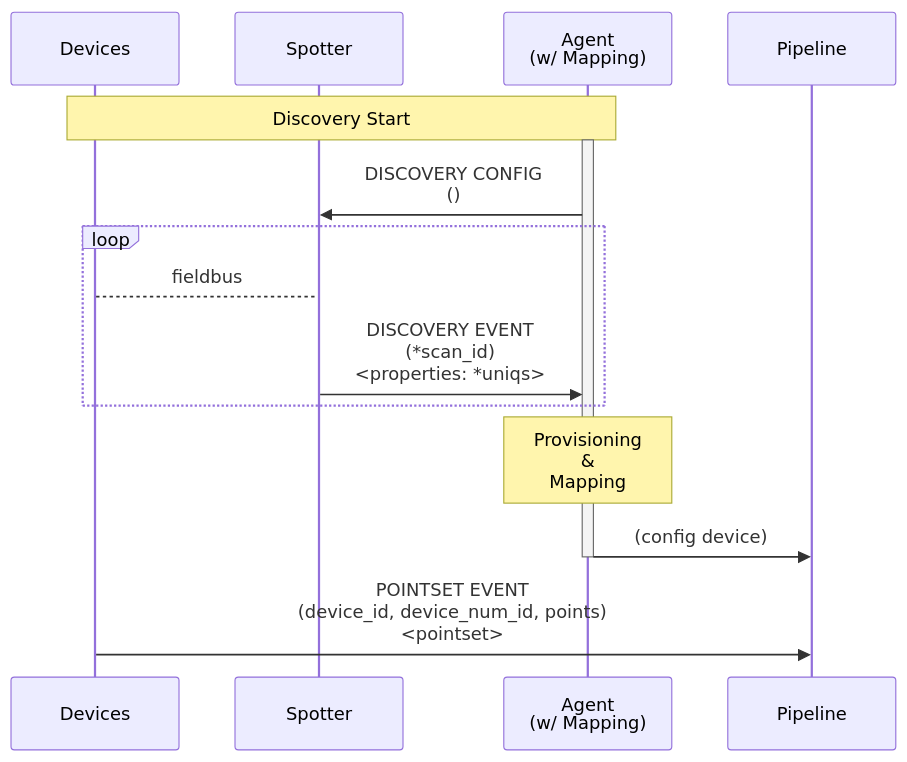
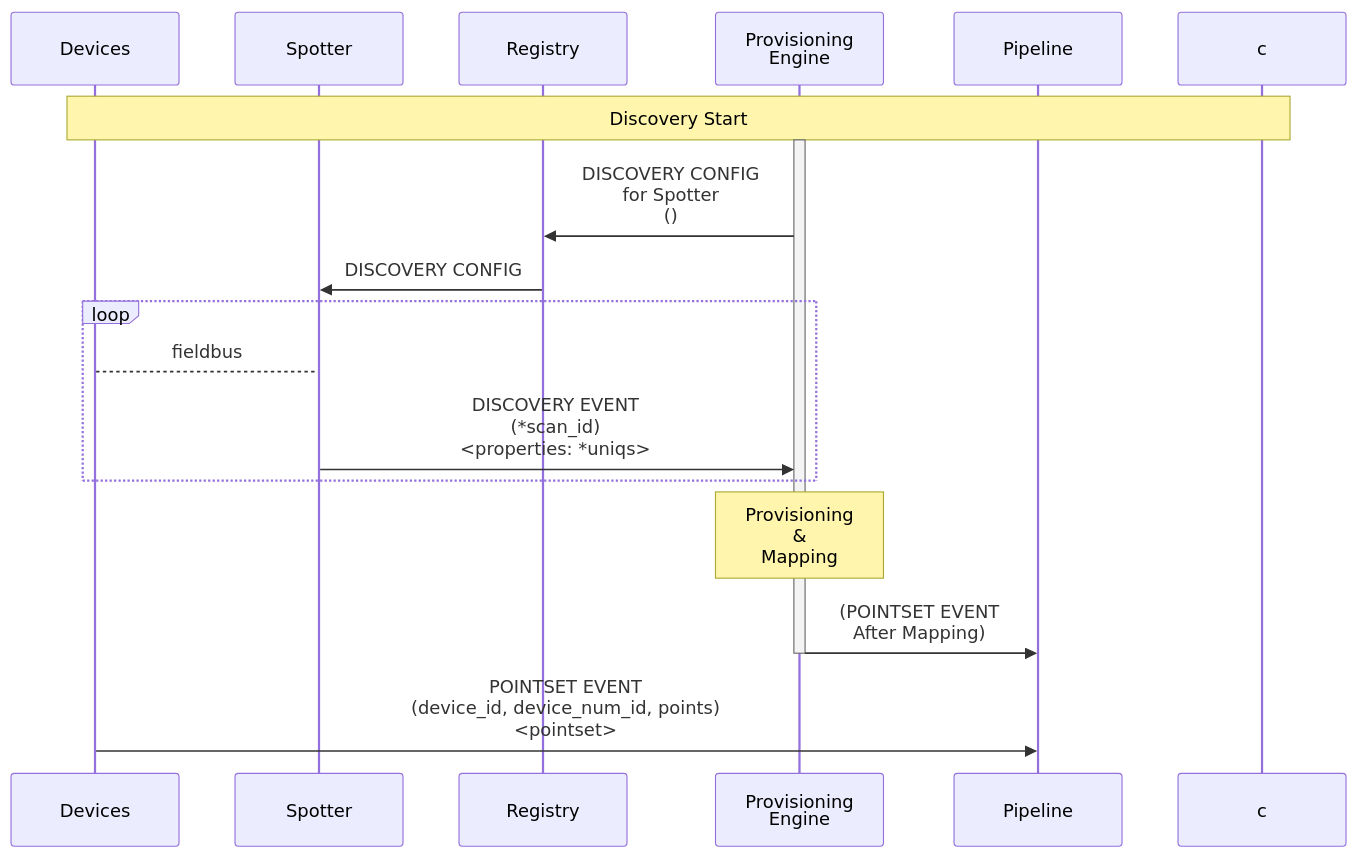
One commit to faucetsdn/udmi changed the diagram in docs/specs/discovery.md. Above: the diagram before and after it, drawn with Mermaid. The commit also changed other lines of this file and 2 other files, not shown here.

Commit message:
update discovery and mapping documentation

````diff
--- a/docs/specs/discovery.md
+++ b/docs/specs/discovery.md
@@ -32,19 +33,21 @@
 ```mermaid
 sequenceDiagram
   %%{wrap}%%
   participant Devices
   participant Spotter
-  participant Agent as Agent<br/>(w/ Mapping)
+  participant Registry
+  participant Provisioning Engine
   participant Pipeline
-  Note over Devices, Agent: Discovery Start
-  activate Agent
-  Agent->>Spotter: DISCOVERY CONFIG<br/>()
+  Note over Devices, c: Discovery Start
+  activate Provisioning Engine
+  Provisioning Engine->>Registry: DISCOVERY CONFIG<br/>for Spotter<br/>()
+  Registry->>Spotter: DISCOVERY CONFIG
   loop
     Devices-->Spotter: fieldbus
-    Spotter->>Agent: DISCOVERY EVENT<br/>(*scan_id)<br/><properties: *uniqs>
+    Spotter->>Provisioning Engine: DISCOVERY EVENT<br/>(*scan_id)<br/><properties: *uniqs>
   end
-  Note over Agent: Provisioning<br/>& Mapping
-  Agent ->> Pipeline: (config device)
-  deactivate Agent
+  Note over Provisioning Engine: Provisioning<br/>& Mapping
+  Provisioning Engine ->> Pipeline: (POINTSET EVENT<br/>After Mapping)
+  deactivate Provisioning Engine
   Devices->>Pipeline: POINTSET EVENT<br/>(device_id, device_num_id, points)<br/><pointset>
 ```
````
